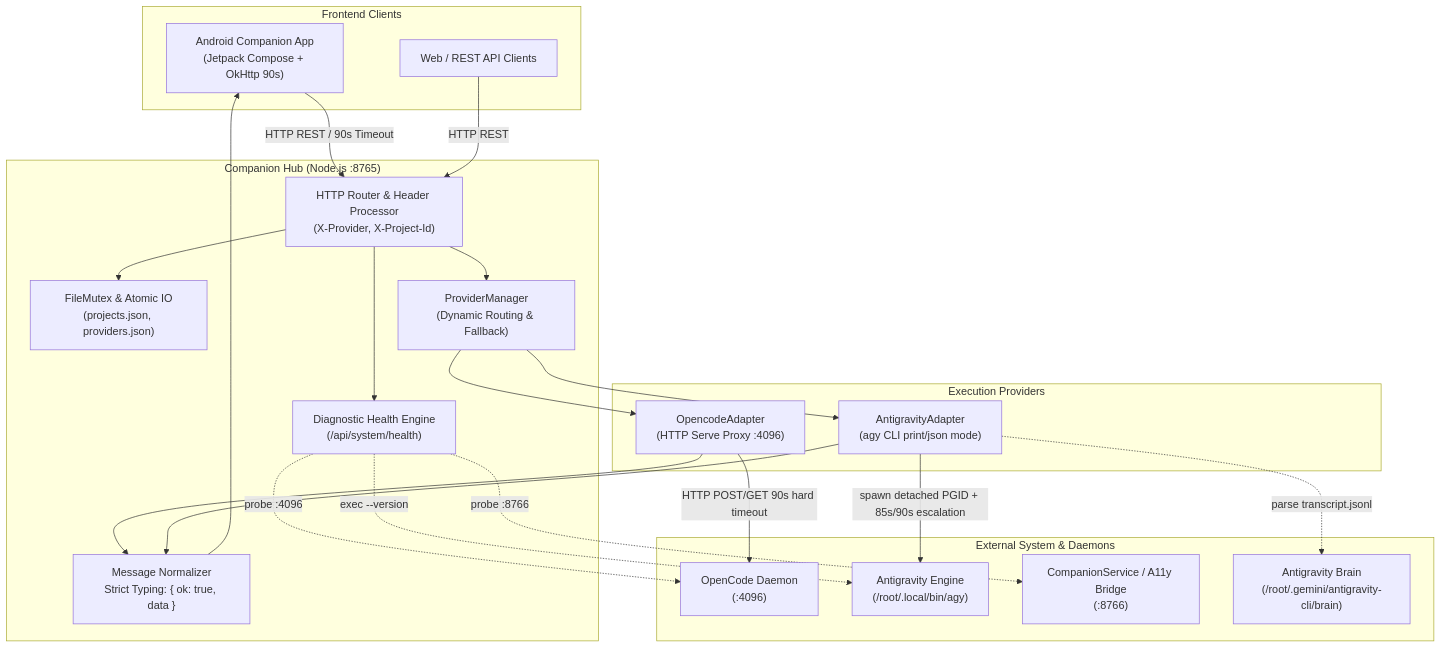
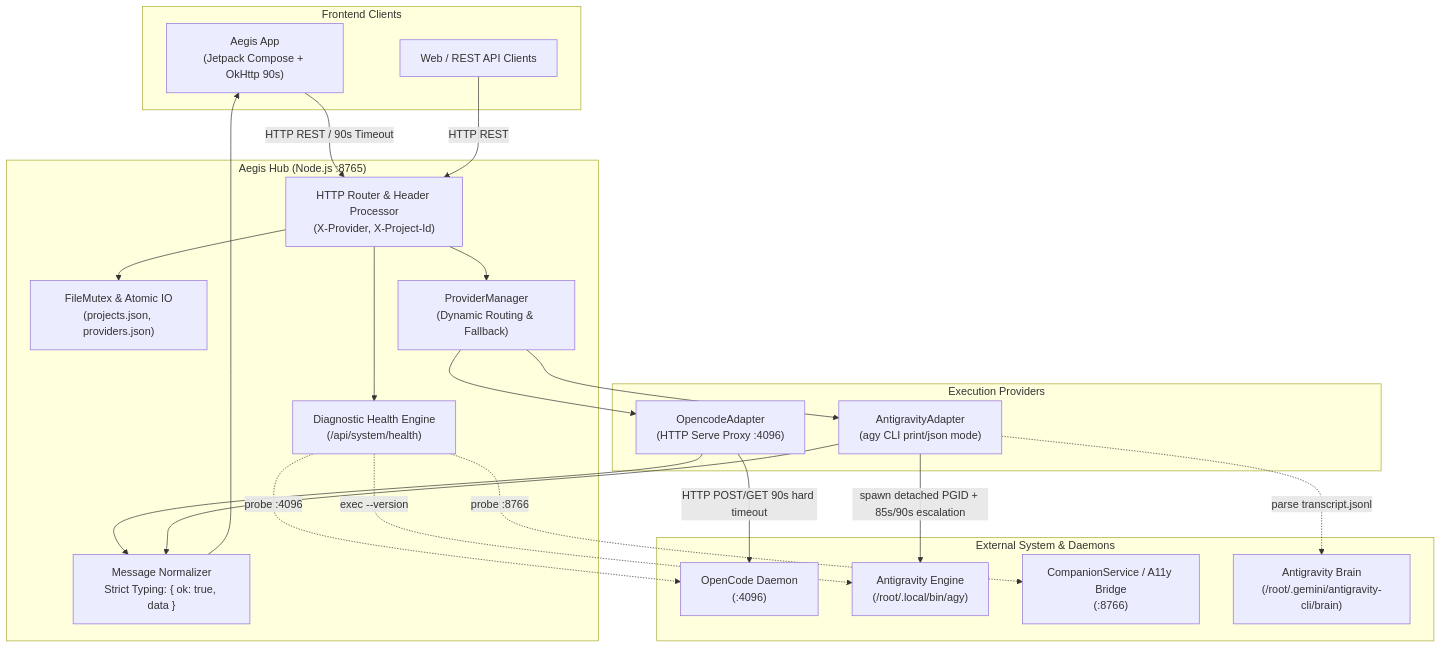
The diagram in Aegis/backend/docs/BACKEND_ARCHITECTURE.md (fakekun420-ui/aegis), drawn with Mermaid before and after one commit. The commit also changed other lines of this file and 22 other files, not shown here.

````diff
--- a/Aegis/backend/docs/BACKEND_ARCHITECTURE.md
+++ b/Aegis/backend/docs/BACKEND_ARCHITECTURE.md
@@ -16,48 +16,48 @@
 ```mermaid
 flowchart TD
     subgraph Frontend["Frontend Clients"]
-        App["Android Companion App<br/>(Jetpack Compose + OkHttp 90s)"]
+        App["Aegis App<br/>(Jetpack Compose + OkHttp 90s)"]
         Web["Web / REST API Clients"]
     end
 
-    subgraph Hub["Companion Hub (Node.js :8765)"]
+    subgraph Hub["Aegis Hub (Node.js :8765)"]
         Router["HTTP Router & Header Processor<br/>(X-Provider, X-Project-Id)"]
         Mutex["FileMutex & Atomic IO<br/>(projects.json, providers.json)"]
         Normalizer["Message Normalizer<br/>Strict Typing: { ok: true, data }"]
         ProvMgr["ProviderManager<br/>(Dynamic Routing & Fallback)"]
         Health["Diagnostic Health Engine<br/>(/api/system/health)"]
     end
 
     subgraph Providers["Execution Providers"]
         OCAdapter["OpencodeAdapter<br/>(HTTP Serve Proxy :4096)"]
         AGYAdapter["AntigravityAdapter<br/>(agy CLI print/json mode)"]
     end
 
     subgraph External["External System & Daemons"]
         OCDaemon["OpenCode Daemon<br/>(:4096)"]
         AGYBinary["Antigravity Engine<br/>(/root/.local/bin/agy)"]
         A11y["CompanionService / A11y Bridge<br/>(:8766)"]
         Brain["Antigravity Brain<br/>(/root/.gemini/antigravity-cli/brain)"]
     end
 
     App -->|HTTP REST / 90s Timeout| Router
     Web -->|HTTP REST| Router
     Router --> Mutex
     Router --> ProvMgr
     Router --> Health
 
     ProvMgr --> OCAdapter
     ProvMgr --> AGYAdapter
 
     OCAdapter -->|HTTP POST/GET 90s hard timeout| OCDaemon
     AGYAdapter -->|spawn detached PGID + 85s/90s escalation| AGYBinary
     AGYAdapter -.->|parse transcript.jsonl| Brain
 
     Health -.->|probe :8766| A11y
     Health -.->|probe :4096| OCDaemon
     Health -.->|exec --version| AGYBinary
 
     OCAdapter --> Normalizer
     AGYAdapter --> Normalizer
     Normalizer --> App
 ```
````
